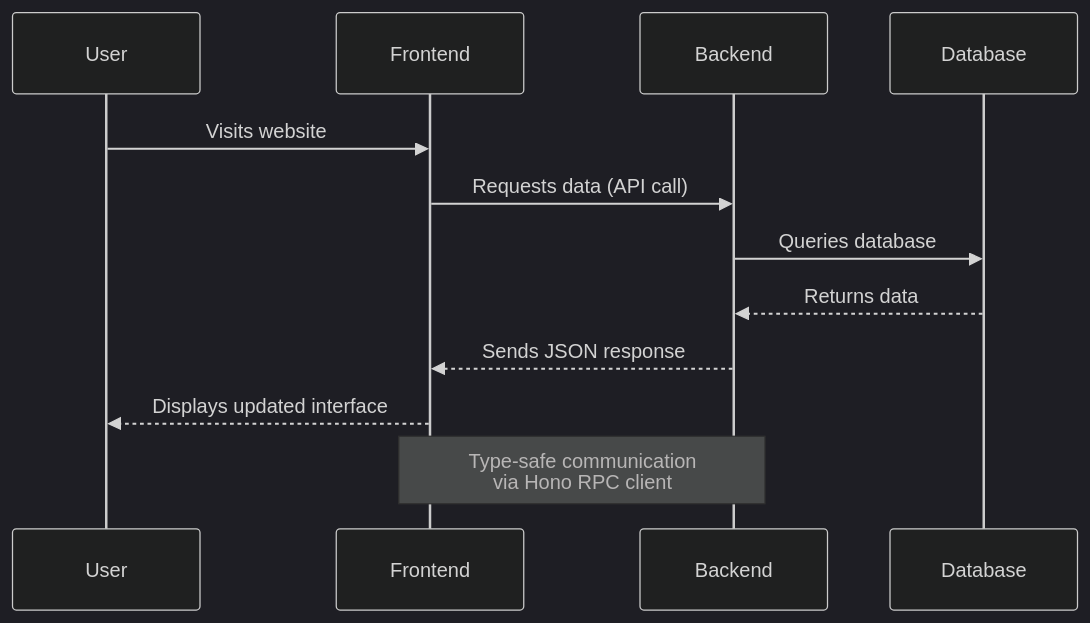
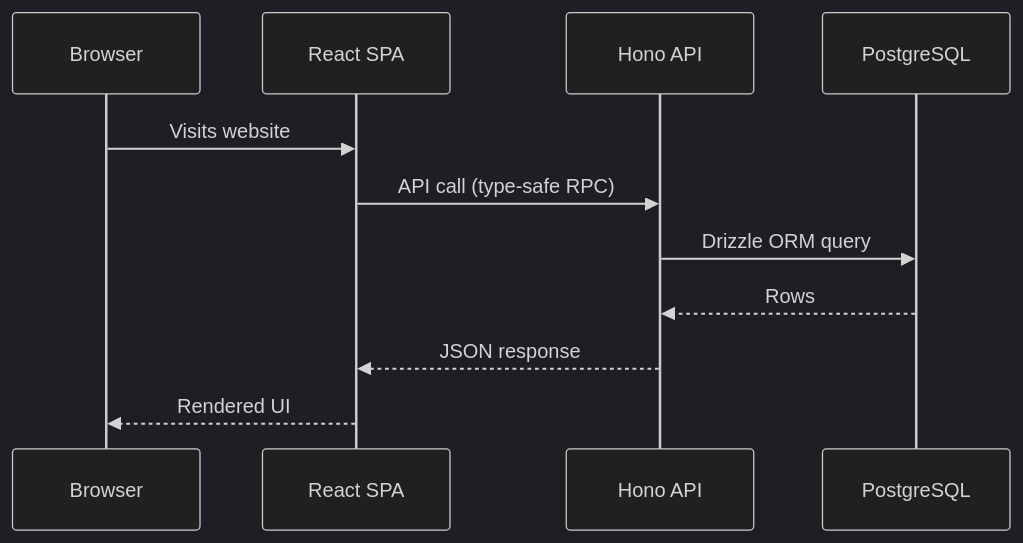
Before and after one commit to IsaiaScope/monorepoonfire: the second of 5 diagrams in doc/architecture-overview.md, drawn with Mermaid (dark theme). The commit also changed other lines of this file and 48 other files, not shown here.

````diff
--- a/doc/architecture-overview.md
+++ b/doc/architecture-overview.md
@@ -98,16 +68,14 @@
 ```mermaid
 sequenceDiagram
-    participant U as User
-    participant F as Frontend
-    participant B as Backend
-    participant D as Database
+    participant U as Browser
+    participant F as React SPA
+    participant B as Hono API
+    participant D as PostgreSQL
 
     U->>F: Visits website
-    F->>B: Requests data (API call)
-    B->>D: Queries database
-    D-->>B: Returns data
-    B-->>F: Sends JSON response
-    F-->>U: Displays updated interface
-
-    Note over F,B: Type-safe communication<br/>via Hono RPC client
+    F->>B: API call (type-safe RPC)
+    B->>D: Drizzle ORM query
+    D-->>B: Rows
+    B-->>F: JSON response
+    F-->>U: Rendered UI
 ```
````
